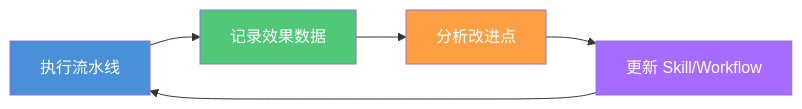
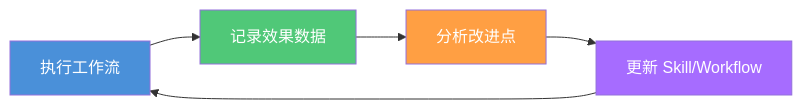
The sixth of 6 diagrams in src/01-introduction/what-is-harness-engineer.md (tonydeng/harness-engineering-from-oc-to-ai-coding), drawn with Mermaid before and after one commit. The commit also changed other lines of this file and 331 other files, not shown here.

````diff
--- a/src/01-introduction/what-is-harness-engineer.md
+++ b/src/01-introduction/what-is-harness-engineer.md
@@ -657,12 +546,12 @@
 ```mermaid
 flowchart LR
-    A[执行流水线] --> B[记录效果数据]
+    A[执行工作流] --> B[记录效果数据]
     B --> C[分析改进点]
     C --> D[更新 Skill/Workflow]
     D --> A
     
     style A fill:#4A90D9,color:#fff
     style B fill:#50C878,color:#fff
     style C fill:#FF9F43,color:#fff
     style D fill:#A66CFF,color:#fff
 ```
````
